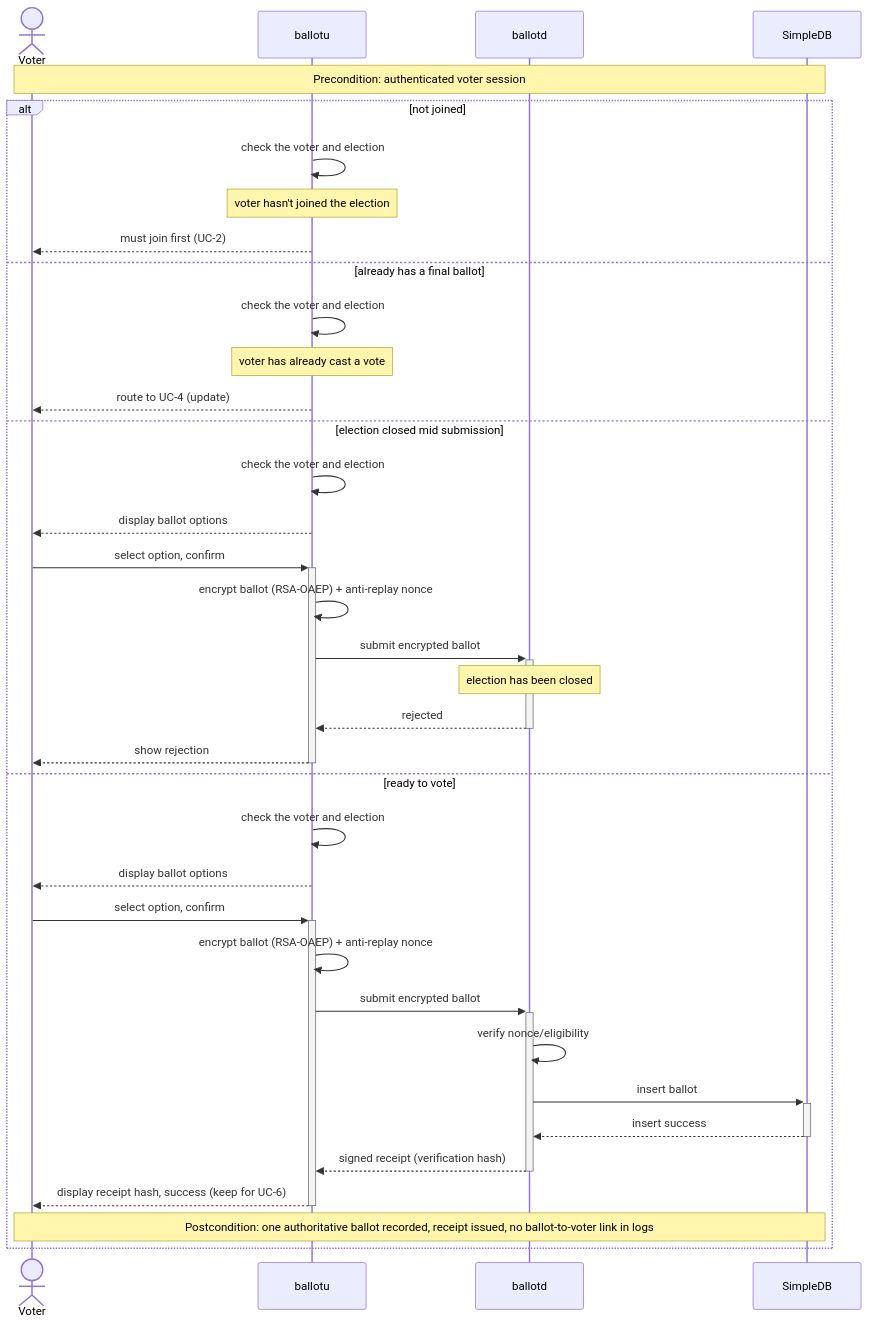
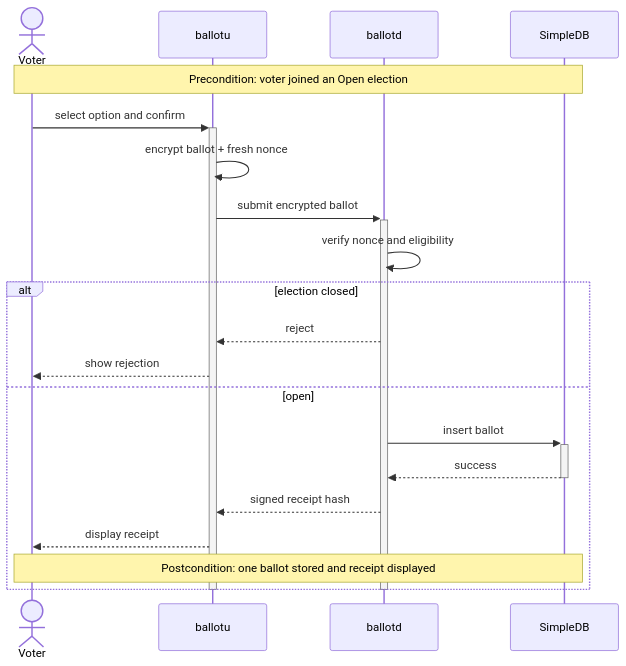
One commit to JediNakDev/ballotbox changed the fifth of 8 diagrams in README.md. Above: the diagram before and after it, drawn with Mermaid. The commit also changed other lines of this file and 1 other file, not shown here.

````diff
--- a/README.md
+++ b/README.md
@@ -240,40 +267,24 @@
 ```mermaid
 sequenceDiagram
-    actor Voter
-    participant ballotu
-    participant ballotd
-    participant SimpleDB
-
-    note over Voter, SimpleDB: Precondition: authenticated voter session
-
-    alt not joined
-        ballotu->>ballotu: check the voter and election
-        note over ballotu: voter hasn't joined the election
-        ballotu-->>Voter: must join first (UC-2)
-    else already has a final ballot
-        ballotu->>ballotu: check the voter and election
-        note over ballotu: voter has already cast a vote
-        ballotu-->>Voter: route to UC-4 (update)
-    else election closed mid submission
-        ballotu->>ballotu: check the voter and election
-        ballotu-->>Voter: display ballot options
-        Voter->>+ballotu: select option, confirm
-        ballotu->>ballotu: encrypt ballot (RSA-OAEP) + anti-replay nonce
-        ballotu->>+ballotd: submit encrypted ballot
-        note over ballotd: election has been closed
-        ballotd-->>-ballotu: rejected
-        ballotu-->>-Voter: show rejection
-    else ready to vote
-        ballotu->>ballotu: check the voter and election
-        ballotu-->>Voter: display ballot options
-        Voter->>+ballotu: select option, confirm
-        ballotu->>ballotu: encrypt ballot (RSA-OAEP) + anti-replay nonce
-        ballotu->>+ballotd: submit encrypted ballot
-        ballotd->>ballotd: verify nonce/eligibility
-        ballotd->>+SimpleDB: insert ballot
-        SimpleDB-->>-ballotd: insert success
-        ballotd-->>-ballotu: signed receipt (verification hash)
-        ballotu-->>-Voter: display receipt hash, success (keep for UC-6)
-        note over Voter,SimpleDB: Postcondition: one authoritative ballot recorded, receipt issued, no ballot-to-voter link in logs
-    end
+actor Voter
+participant ballotu
+participant ballotd
+participant SimpleDB
+note over Voter,SimpleDB: Precondition: voter joined an Open election
+Voter->>+ballotu: select option and confirm
+ballotu->>ballotu: encrypt ballot + fresh nonce
+ballotu->>+ballotd: submit encrypted ballot
+ballotd->>ballotd: verify nonce and eligibility
+alt election closed
+ballotd-->>ballotu: reject
+ballotu-->>Voter: show rejection
+else open
+ballotd->>+SimpleDB: insert ballot
+SimpleDB-->>-ballotd: success
+ballotd-->>ballotu: signed receipt hash
+ballotu-->>Voter: display receipt
+note over Voter,SimpleDB: Postcondition: one ballot stored and receipt displayed
+end
+deactivate ballotd
+deactivate ballotu
 ```
````
